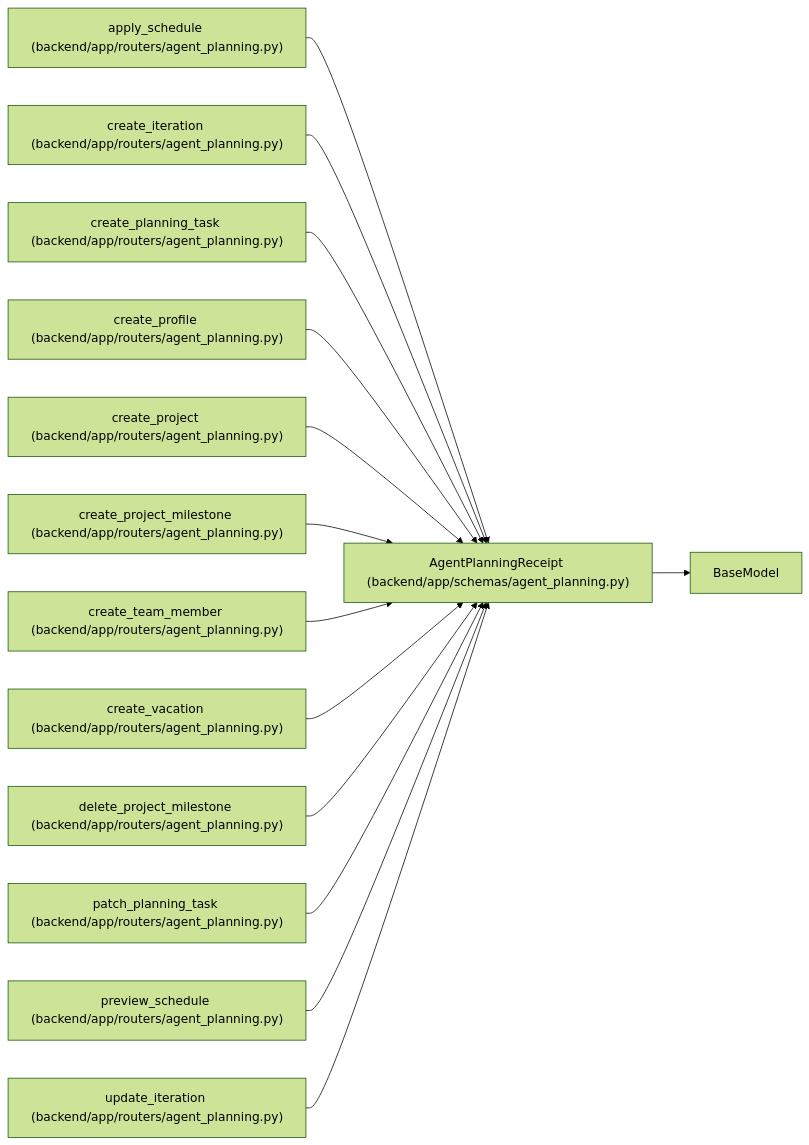
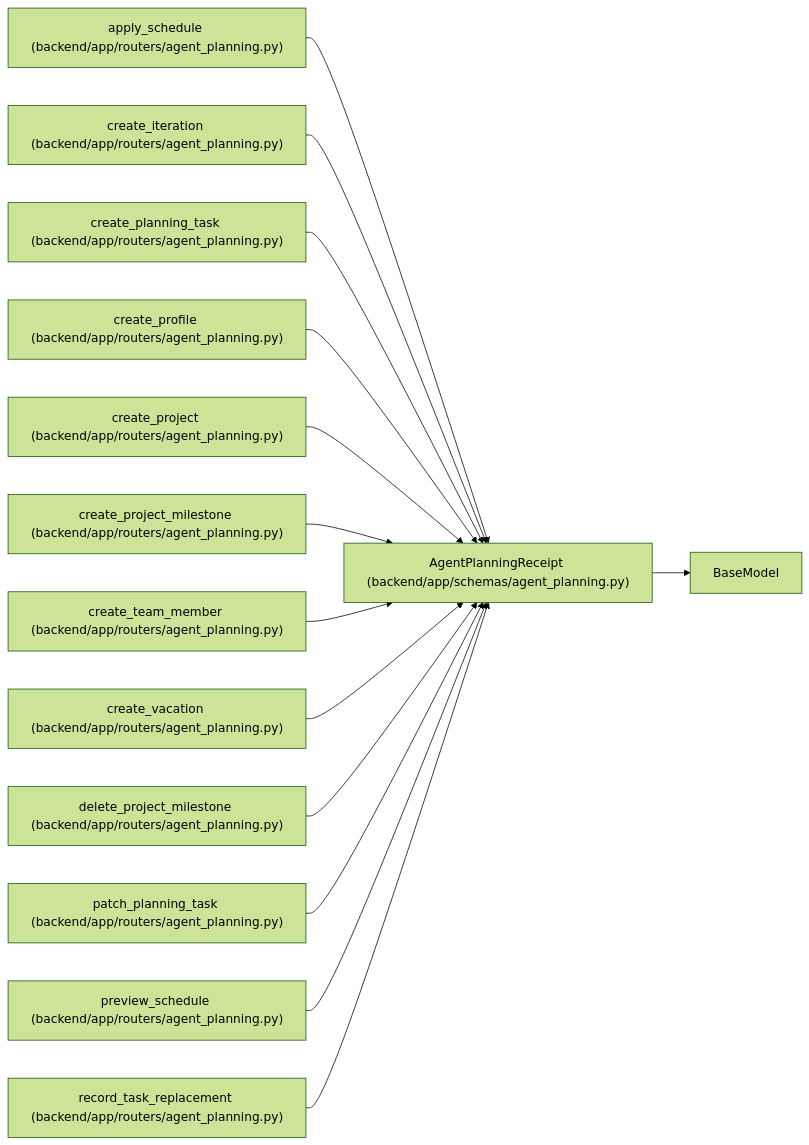
Before and after one commit to Denissvgn/WorkChord: the diagram in docs/llm_wiki/entities/AgentPlanningReceipt.md, drawn with Mermaid (forest theme). The commit also changed other lines of this file and 1817 other files, not shown here.

First line of the commit message:
Refresh the architectural wiki for the 1.9.0 changes

````diff
--- a/docs/llm_wiki/entities/AgentPlanningReceipt.md
+++ b/docs/llm_wiki/entities/AgentPlanningReceipt.md
@@ -38,43 +38,43 @@
 ```mermaid
 flowchart LR
     n0["AgentPlanningReceipt (backend/app/schemas/agent_planning.py)"]
     n1["BaseModel"]
     n2["apply_schedule (backend/app/routers/agent_planning.py)"]
     n3["create_iteration (backend/app/routers/agent_planning.py)"]
     n4["create_planning_task (backend/app/routers/agent_planning.py)"]
     n5["create_profile (backend/app/routers/agent_planning.py)"]
     n6["create_project (backend/app/routers/agent_planning.py)"]
     n7["create_project_milestone (backend/app/routers/agent_planning.py)"]
     n8["create_team_member (backend/app/routers/agent_planning.py)"]
     n9["create_vacation (backend/app/routers/agent_planning.py)"]
     n10["delete_project_milestone (backend/app/routers/agent_planning.py)"]
     n11["patch_planning_task (backend/app/routers/agent_planning.py)"]
     n12["preview_schedule (backend/app/routers/agent_planning.py)"]
-    n13["update_iteration (backend/app/routers/agent_planning.py)"]
+    n13["record_task_replacement (backend/app/routers/agent_planning.py)"]
     n0 --> n1
     n2 --> n0
     n3 --> n0
     n4 --> n0
     n5 --> n0
     n6 --> n0
     n7 --> n0
     n8 --> n0
     n9 --> n0
     n10 --> n0
     n11 --> n0
     n12 --> n0
     n13 --> n0
     click n0 "../modules/schemas_agent_planning.md"
     click n2 "../modules/routers_agent_planning.md"
     click n3 "../modules/routers_agent_planning.md"
     click n4 "../modules/routers_agent_planning.md"
     click n5 "../modules/routers_agent_planning.md"
     click n6 "../modules/routers_agent_planning.md"
     click n7 "../modules/routers_agent_planning.md"
     click n8 "../modules/routers_agent_planning.md"
     click n9 "../modules/routers_agent_planning.md"
     click n10 "../modules/routers_agent_planning.md"
     click n11 "../modules/routers_agent_planning.md"
     click n12 "../modules/routers_agent_planning.md"
     click n13 "../modules/routers_agent_planning.md"
 ```
````
